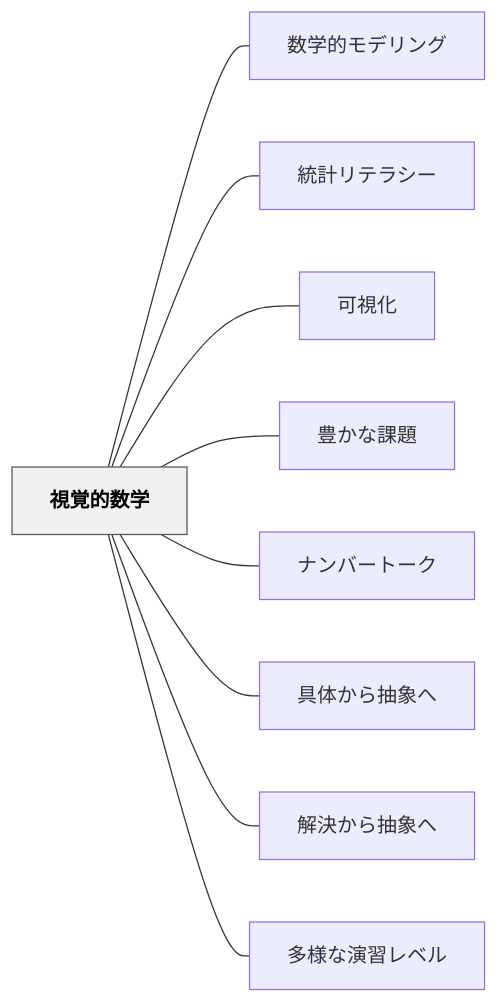
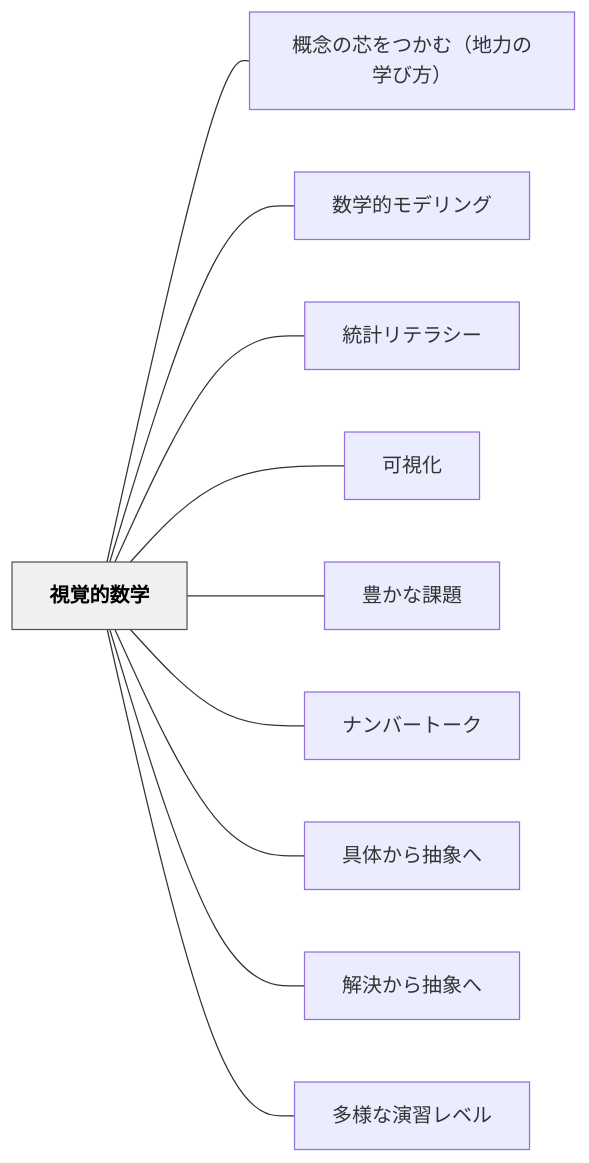
One commit to unknownthings-ed-patterns/unknownthings-ed-patterns changed the diagram in content/パタン/視覚的数学.md. Above: the diagram before and after it, drawn with Mermaid. The commit also changed other lines of this file and 185 other files, not shown here.

````diff
--- a/content/パタン/視覚的数学.md
+++ b/content/パタン/視覚的数学.md
@@ -107,24 +108,26 @@
 ```mermaid
 flowchart LR
     ne8a696e8a69ae79a84e695b0e5ada6["視覚的数学"]
+    ne6a682e5bfb5e381aee88aafe38292e381a4e3818be38280efbc88e59cb0e58a9be381aee5ada6e381b3e696b9efbc89["概念の芯をつかむ（地力の学び方）"]
     ne695b0e5ada6e79a84e383a2e38387e383aae383b3e382b0["数学的モデリング"]
     ne7b5b1e8a888e383aae38386e383a9e382b7e383bc["統計リテラシー"]
     ne58fafe8a696e58c96["可視化"]
     ne8b18ae3818be381aae8aab2e9a18c["豊かな課題"]
     ne3838ae383b3e38390e383bce38388e383bce382af["ナンバートーク"]
     ne585b7e4bd93e3818be38289e68abde8b1a1e381b8["具体から抽象へ"]
     ne8a7a3e6b1bae3818be38289e68abde8b1a1e381b8["解決から抽象へ"]
     ne5a49ae6a798e381aae6bc94e7bf92e383ace38399e383ab["多様な演習レベル"]
 
+    ne8a696e8a69ae79a84e695b0e5ada6 --- ne6a682e5bfb5e381aee88aafe38292e381a4e3818be38280efbc88e59cb0e58a9be381aee5ada6e381b3e696b9efbc89
     ne8a696e8a69ae79a84e695b0e5ada6 --- ne695b0e5ada6e79a84e383a2e38387e383aae383b3e382b0
     ne8a696e8a69ae79a84e695b0e5ada6 --- ne7b5b1e8a888e383aae38386e383a9e382b7e383bc
     ne8a696e8a69ae79a84e695b0e5ada6 --- ne58fafe8a696e58c96
     ne8a696e8a69ae79a84e695b0e5ada6 --- ne8b18ae3818be381aae8aab2e9a18c
     ne8a696e8a69ae79a84e695b0e5ada6 --- ne3838ae383b3e38390e383bce38388e383bce382af
     ne8a696e8a69ae79a84e695b0e5ada6 --- ne585b7e4bd93e3818be38289e68abde8b1a1e381b8
     ne8a696e8a69ae79a84e695b0e5ada6 --- ne8a7a3e6b1bae3818be38289e68abde8b1a1e381b8
     ne8a696e8a69ae79a84e695b0e5ada6 --- ne5a49ae6a798e381aae6bc94e7bf92e383ace38399e383ab
 
     classDef hub fill:#f0f0f0,stroke:#555,color:#000,font-weight:bold
     class ne8a696e8a69ae79a84e695b0e5ada6 hub
 ```
````
